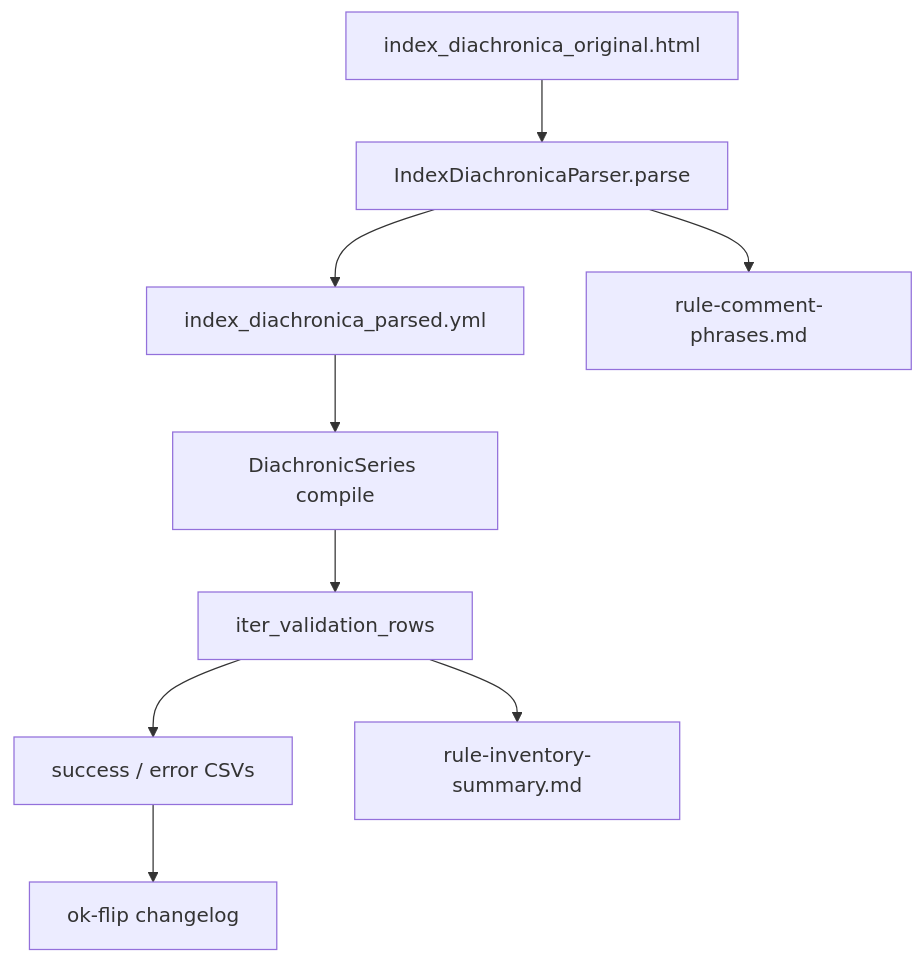
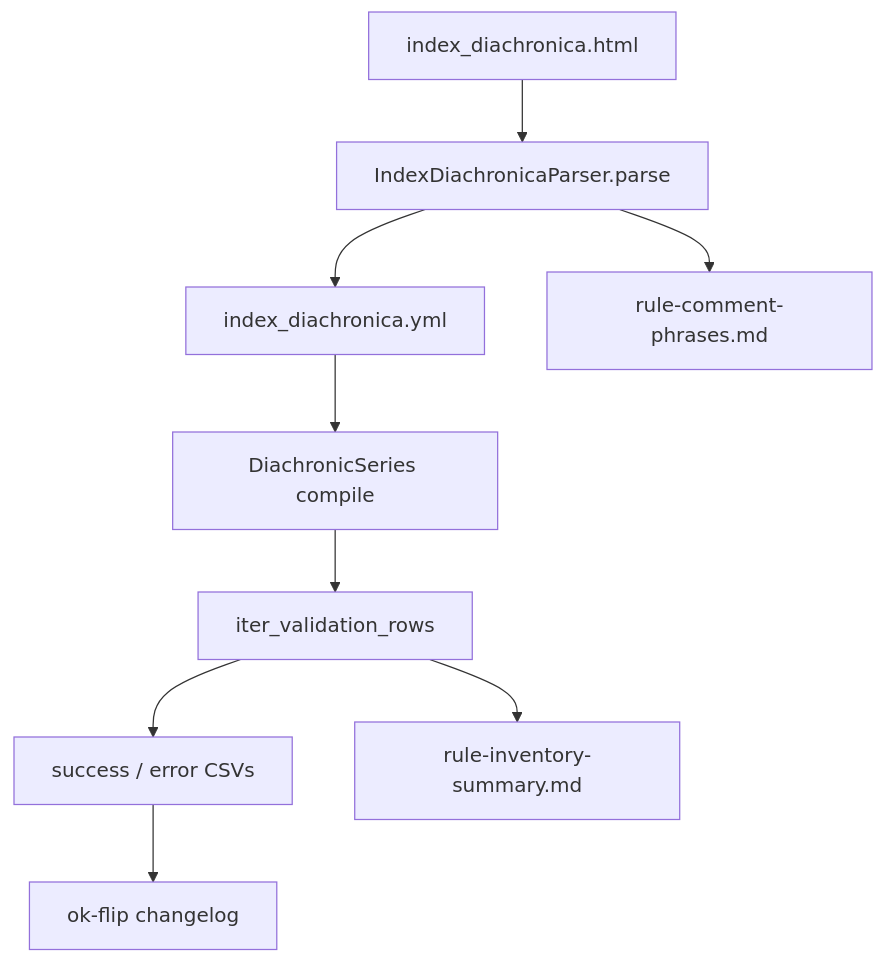
The diagram in docs/system/validate.md (Pappa/conlanger), drawn with Mermaid before and after one commit. The commit also changed other lines of this file and 62 other files, not shown here.

````diff
--- a/docs/system/validate.md
+++ b/docs/system/validate.md
@@ -24,19 +24,19 @@
 ```mermaid
 flowchart TD
-  HTML[index_diachronica_original.html]
+  HTML[index_diachronica.html]
   Parse[IndexDiachronicaParser.parse]
-  YAML[index_diachronica_parsed.yml]
+  YAML[index_diachronica.yml]
   CommentSummary[rule-comment-phrases.md]
   Compile[DiachronicSeries compile]
   Inv[iter_validation_rows]
   Split[success / error CSVs]
   Changelog[ok-flip changelog]
   Summary[rule-inventory-summary.md]
 
   HTML --> Parse --> YAML
   Parse --> CommentSummary
   YAML --> Compile --> Inv
   Inv --> Split
   Split --> Changelog
   Inv --> Summary
 ```
````
